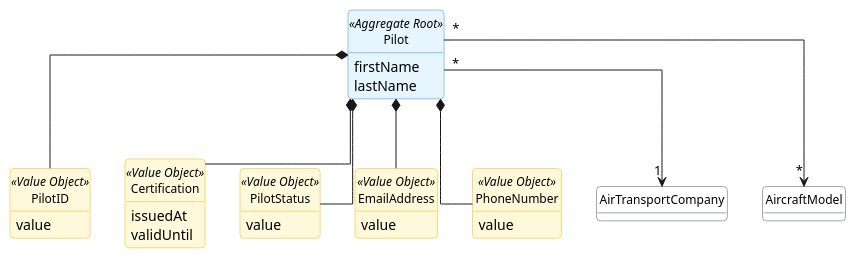
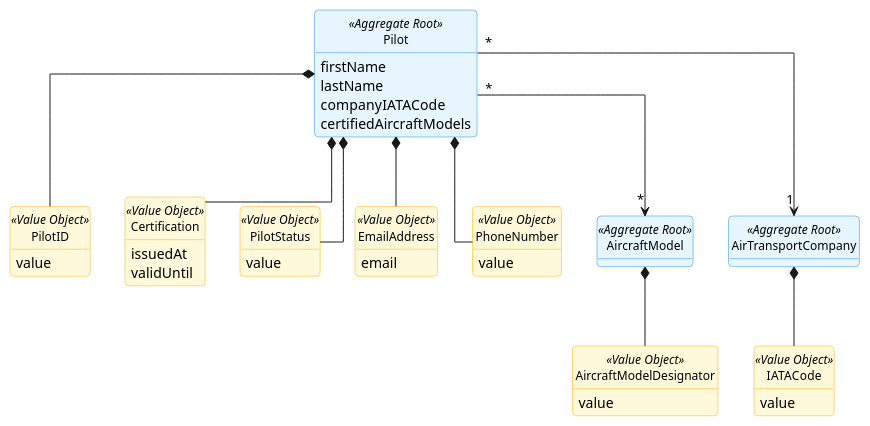
One commit to GustavoFerreira24/flight-management-platform changed the diagram in docs/global-artifacts/02.analysis/puml/Aggregates/PilotAggregate.puml. Above: the diagram before and after it, drawn with PlantUML.

Commit message:
US075(Docs): Enhance PilotAggregate.puml: Add companyIATACode and certifiedAircraftModels to Pilot class. Introduce AircraftModel, AircraftModelDesignator, AirTransportCompany, and IATACode classes with appropriate relationships. [#254]

```diff
--- a/docs/global-artifacts/02.analysis/puml/Aggregates/PilotAggregate.puml
+++ b/docs/global-artifacts/02.analysis/puml/Aggregates/PilotAggregate.puml
@@ -1,60 +1,82 @@
 @startuml
 skinparam {
     BackgroundColor white
     RoundCorner 8
     Shadowing false
     Handwritten false
     ClassAttributeIconSize 0
     linetype ortho
 
     ClassBackgroundColor white
     ClassBorderColor #495057
     ClassFontSize 12
 
     ClassBackgroundColor<<Aggregate Root>> #E7F5FF
     ClassBorderColor<<Aggregate Root>> #228BE6
 
     ClassBackgroundColor<<Value Object>> #FFF9DB
     ClassBorderColor<<Value Object>> #FAB005
 
     ClassBackgroundColor<<Entity>> #F3F0FF
     ClassBorderColor<<Entity>> #7950F2
 }
 hide circle
 hide methods
 
     class Pilot <<Aggregate Root>>{
         firstName
         lastName
+        companyIATACode
+        certifiedAircraftModels
     }
 
     class PilotID <<Value Object>> {
         value
     }
 
     class Certification <<Value Object>> {
         issuedAt
         validUntil
     }
 
     class PilotStatus <<Value Object>> {
         value
     }
 
     class EmailAddress <<Value Object>> {
+          email
+    }
+
+    class PhoneNumber <<Value Object>> {
           value
     }
 
-    class PhoneNumber <<Value Object>> {
+    class AircraftModel <<Aggregate Root>>{
+
+    }
+
+    class AircraftModelDesignator <<Value Object>> {
+          value
+    }
+
+    class AirTransportCompany <<Aggregate Root>>{
+
+    }
+
+    class IATACode <<Value Object>> {
           value
     }
 
     Pilot *-- PilotID
     Pilot *-- PilotStatus
     Pilot *-- Certification
     Pilot *-- EmailAddress
     Pilot *-- PhoneNumber
 
+    AircraftModel *-- AircraftModelDesignator
+    AirTransportCompany *-- IATACode
+
     Pilot "*" --> "1" AirTransportCompany
     Pilot "*" --> "*" AircraftModel
+
 @enduml
```
